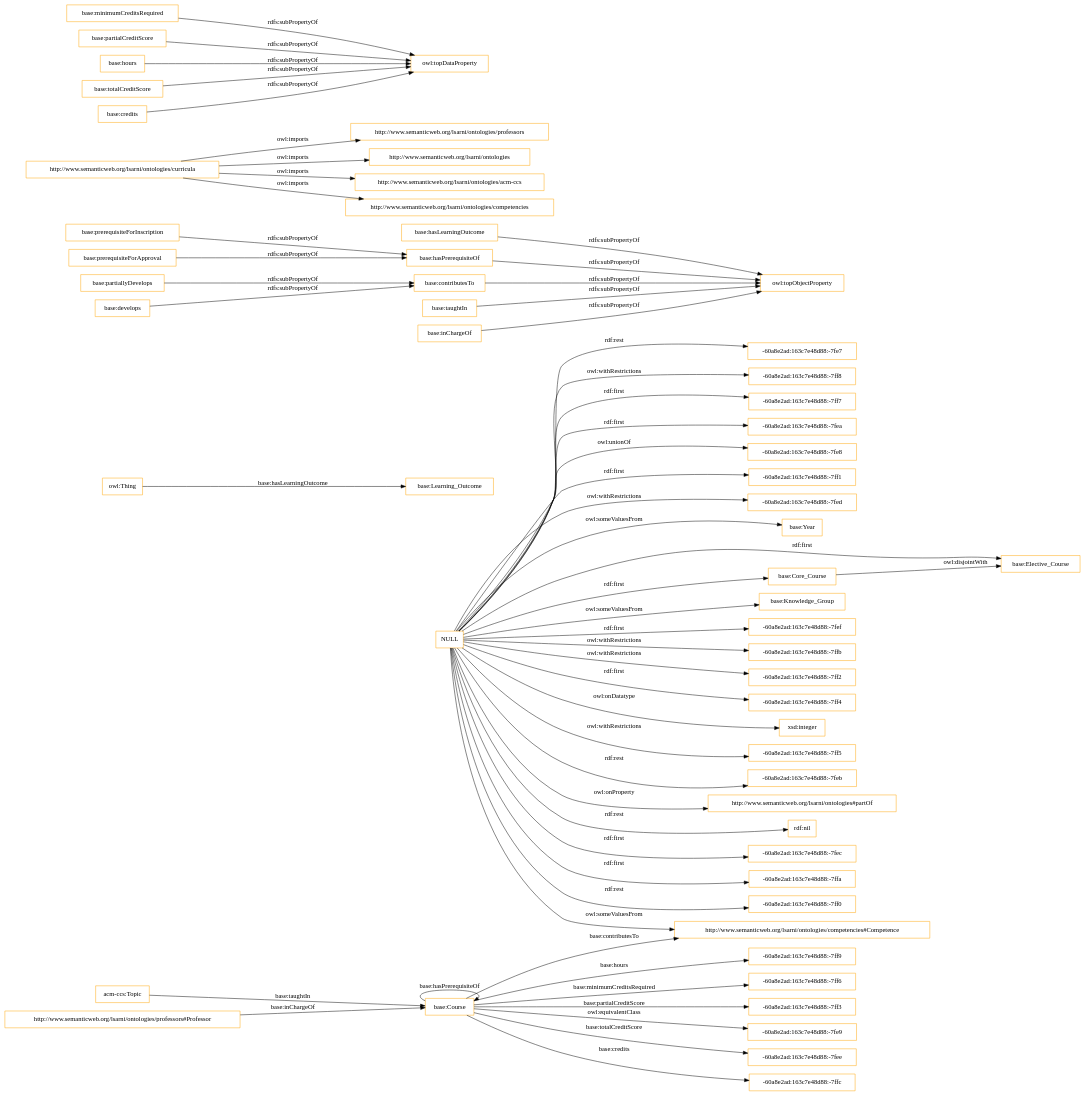
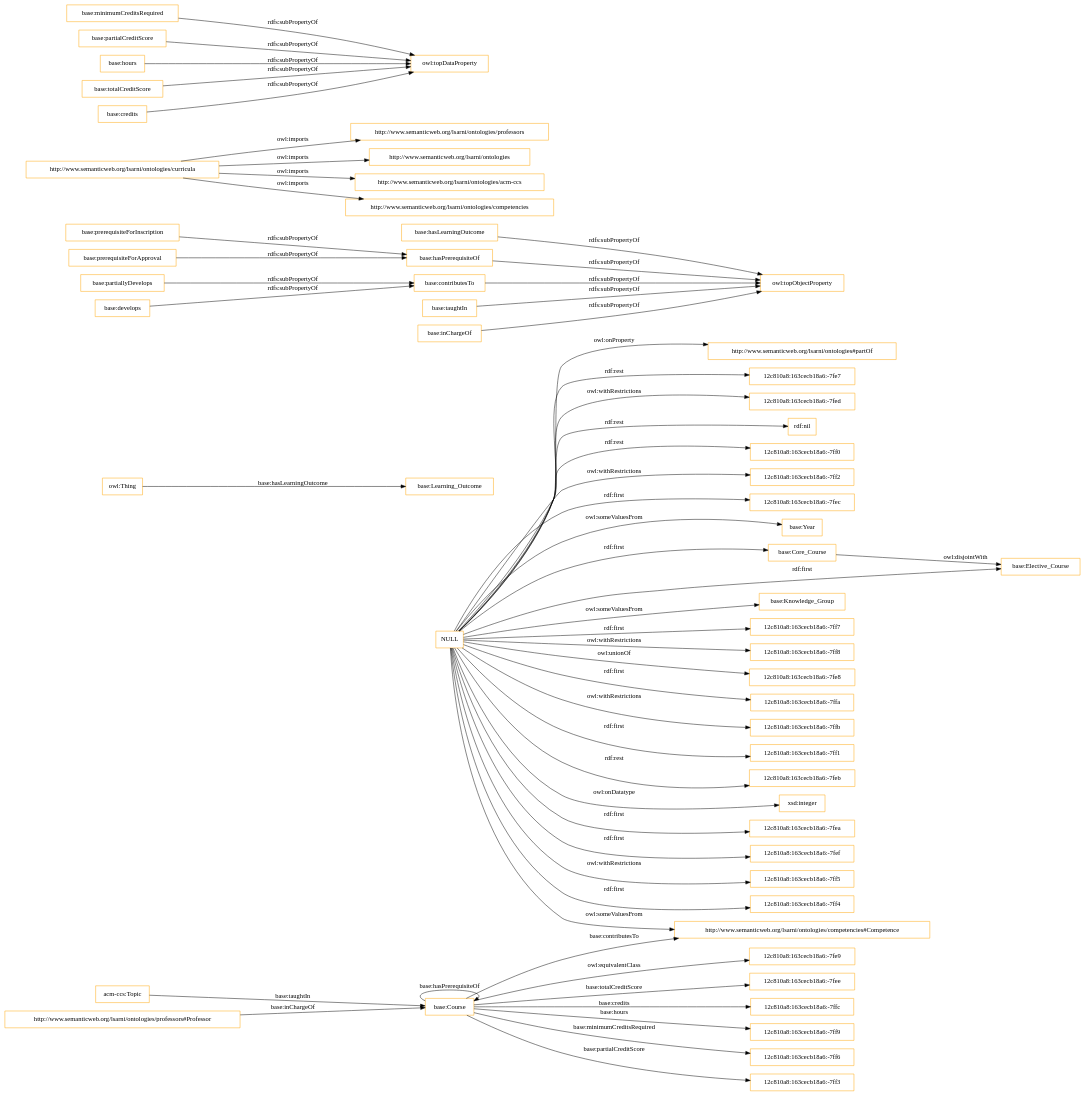
The diagram in OnToology/curricula.owl/diagrams/ar2dtool-class/curricula.owl.png.dot (ahmad88me/OntoCIS1), drawn with Graphviz before and after one commit. The commit also changed 6 other files, not shown here.

```diff
--- a/OnToology/curricula.owl/diagrams/ar2dtool-class/curricula.owl.png.dot
+++ b/OnToology/curricula.owl/diagrams/ar2dtool-class/curricula.owl.png.dot
@@ -1,60 +1,60 @@
 digraph ar2dtool_diagram { 
 rankdir=LR;
 size="1501"
-node [shape = rectangle, color="orange"]; "base:Year" "base:Elective_Course" "base:Core_Course" "base:Course" "base:Learning_Outcome" "base:Knowledge_Group" "-60a8e2ad:163c7e48d88:-7fe9" ; /*classes style*/
-	"NULL" -> "-60a8e2ad:163c7e48d88:-7fef" [ label = "rdf:first" ];
-	"NULL" -> "-60a8e2ad:163c7e48d88:-7ffb" [ label = "owl:withRestrictions" ];
-	"NULL" -> "-60a8e2ad:163c7e48d88:-7ff2" [ label = "owl:withRestrictions" ];
-	"NULL" -> "-60a8e2ad:163c7e48d88:-7ff4" [ label = "rdf:first" ];
+node [shape = rectangle, color="orange"]; "base:Year" "base:Elective_Course" "base:Core_Course" "base:Course" "base:Learning_Outcome" "12c810a8:163cecb18a6:-7fe9" "base:Knowledge_Group" ; /*classes style*/
+	"NULL" -> "12c810a8:163cecb18a6:-7ff7" [ label = "rdf:first" ];
+	"NULL" -> "12c810a8:163cecb18a6:-7ff8" [ label = "owl:withRestrictions" ];
+	"NULL" -> "12c810a8:163cecb18a6:-7fe8" [ label = "owl:unionOf" ];
+	"NULL" -> "12c810a8:163cecb18a6:-7ffa" [ label = "rdf:first" ];
+	"NULL" -> "12c810a8:163cecb18a6:-7ffb" [ label = "owl:withRestrictions" ];
+	"NULL" -> "12c810a8:163cecb18a6:-7ff1" [ label = "rdf:first" ];
 	"NULL" -> "base:Year" [ label = "owl:someValuesFrom" ];
 	"NULL" -> "base:Core_Course" [ label = "rdf:first" ];
+	"NULL" -> "12c810a8:163cecb18a6:-7feb" [ label = "rdf:rest" ];
 	"NULL" -> "xsd:integer" [ label = "owl:onDatatype" ];
 	"NULL" -> "http://www.semanticweb.org/lsarni/ontologies/competencies#Competence" [ label = "owl:someValuesFrom" ];
-	"NULL" -> "-60a8e2ad:163c7e48d88:-7ff5" [ label = "owl:withRestrictions" ];
-	"NULL" -> "-60a8e2ad:163c7e48d88:-7feb" [ label = "rdf:rest" ];
+	"NULL" -> "12c810a8:163cecb18a6:-7fea" [ label = "rdf:first" ];
+	"NULL" -> "12c810a8:163cecb18a6:-7fef" [ label = "rdf:first" ];
+	"NULL" -> "12c810a8:163cecb18a6:-7ff5" [ label = "owl:withRestrictions" ];
+	"NULL" -> "12c810a8:163cecb18a6:-7ff4" [ label = "rdf:first" ];
 	"NULL" -> "http://www.semanticweb.org/lsarni/ontologies#partOf" [ label = "owl:onProperty" ];
+	"NULL" -> "12c810a8:163cecb18a6:-7fe7" [ label = "rdf:rest" ];
+	"NULL" -> "12c810a8:163cecb18a6:-7fed" [ label = "owl:withRestrictions" ];
 	"NULL" -> "rdf:nil" [ label = "rdf:rest" ];
-	"NULL" -> "-60a8e2ad:163c7e48d88:-7fec" [ label = "rdf:first" ];
-	"NULL" -> "-60a8e2ad:163c7e48d88:-7ffa" [ label = "rdf:first" ];
 	"NULL" -> "base:Elective_Course" [ label = "rdf:first" ];
-	"NULL" -> "-60a8e2ad:163c7e48d88:-7ff0" [ label = "rdf:rest" ];
-	"NULL" -> "-60a8e2ad:163c7e48d88:-7fe7" [ label = "rdf:rest" ];
-	"NULL" -> "-60a8e2ad:163c7e48d88:-7ff8" [ label = "owl:withRestrictions" ];
-	"NULL" -> "-60a8e2ad:163c7e48d88:-7ff7" [ label = "rdf:first" ];
-	"NULL" -> "-60a8e2ad:163c7e48d88:-7fea" [ label = "rdf:first" ];
-	"NULL" -> "-60a8e2ad:163c7e48d88:-7fe8" [ label = "owl:unionOf" ];
+	"NULL" -> "12c810a8:163cecb18a6:-7ff0" [ label = "rdf:rest" ];
+	"NULL" -> "12c810a8:163cecb18a6:-7ff2" [ label = "owl:withRestrictions" ];
 	"NULL" -> "base:Knowledge_Group" [ label = "owl:someValuesFrom" ];
-	"NULL" -> "-60a8e2ad:163c7e48d88:-7ff1" [ label = "rdf:first" ];
-	"NULL" -> "-60a8e2ad:163c7e48d88:-7fed" [ label = "owl:withRestrictions" ];
+	"NULL" -> "12c810a8:163cecb18a6:-7fec" [ label = "rdf:first" ];
 	"base:hasLearningOutcome" -> "owl:topObjectProperty" [ label = "rdfs:subPropertyOf" ];
 	"base:hasPrerequisiteOf" -> "owl:topObjectProperty" [ label = "rdfs:subPropertyOf" ];
 	"http://www.semanticweb.org/lsarni/ontologies/curricula" -> "http://www.semanticweb.org/lsarni/ontologies/professors" [ label = "owl:imports" ];
 	"http://www.semanticweb.org/lsarni/ontologies/curricula" -> "http://www.semanticweb.org/lsarni/ontologies" [ label = "owl:imports" ];
 	"http://www.semanticweb.org/lsarni/ontologies/curricula" -> "http://www.semanticweb.org/lsarni/ontologies/acm-ccs" [ label = "owl:imports" ];
 	"http://www.semanticweb.org/lsarni/ontologies/curricula" -> "http://www.semanticweb.org/lsarni/ontologies/competencies" [ label = "owl:imports" ];
 	"base:prerequisiteForInscription" -> "base:hasPrerequisiteOf" [ label = "rdfs:subPropertyOf" ];
 	"base:minimumCreditsRequired" -> "owl:topDataProperty" [ label = "rdfs:subPropertyOf" ];
 	"base:partialCreditScore" -> "owl:topDataProperty" [ label = "rdfs:subPropertyOf" ];
 	"base:partiallyDevelops" -> "base:contributesTo" [ label = "rdfs:subPropertyOf" ];
 	"base:prerequisiteForApproval" -> "base:hasPrerequisiteOf" [ label = "rdfs:subPropertyOf" ];
 	"base:contributesTo" -> "owl:topObjectProperty" [ label = "rdfs:subPropertyOf" ];
 	"base:taughtIn" -> "owl:topObjectProperty" [ label = "rdfs:subPropertyOf" ];
 	"base:hours" -> "owl:topDataProperty" [ label = "rdfs:subPropertyOf" ];
 	"base:Core_Course" -> "base:Elective_Course" [ label = "owl:disjointWith" ];
 	"base:totalCreditScore" -> "owl:topDataProperty" [ label = "rdfs:subPropertyOf" ];
-	"base:Course" -> "-60a8e2ad:163c7e48d88:-7fe9" [ label = "owl:equivalentClass" ];
+	"base:Course" -> "12c810a8:163cecb18a6:-7fe9" [ label = "owl:equivalentClass" ];
 	"base:develops" -> "base:contributesTo" [ label = "rdfs:subPropertyOf" ];
 	"base:credits" -> "owl:topDataProperty" [ label = "rdfs:subPropertyOf" ];
 	"base:inChargeOf" -> "owl:topObjectProperty" [ label = "rdfs:subPropertyOf" ];
 	"owl:Thing" -> "base:Learning_Outcome" [ label = "base:hasLearningOutcome" ];
 	"base:Course" -> "http://www.semanticweb.org/lsarni/ontologies/competencies#Competence" [ label = "base:contributesTo" ];
-	"base:Course" -> "-60a8e2ad:163c7e48d88:-7fee" [ label = "base:totalCreditScore" ];
-	"base:Course" -> "-60a8e2ad:163c7e48d88:-7ffc" [ label = "base:credits" ];
-	"base:Course" -> "-60a8e2ad:163c7e48d88:-7ff9" [ label = "base:hours" ];
-	"base:Course" -> "-60a8e2ad:163c7e48d88:-7ff6" [ label = "base:minimumCreditsRequired" ];
+	"base:Course" -> "12c810a8:163cecb18a6:-7fee" [ label = "base:totalCreditScore" ];
+	"base:Course" -> "12c810a8:163cecb18a6:-7ffc" [ label = "base:credits" ];
+	"base:Course" -> "12c810a8:163cecb18a6:-7ff9" [ label = "base:hours" ];
+	"base:Course" -> "12c810a8:163cecb18a6:-7ff6" [ label = "base:minimumCreditsRequired" ];
 	"base:Course" -> "base:Course" [ label = "base:hasPrerequisiteOf" ];
 	"acm-ccs:Topic" -> "base:Course" [ label = "base:taughtIn" ];
-	"base:Course" -> "-60a8e2ad:163c7e48d88:-7ff3" [ label = "base:partialCreditScore" ];
+	"base:Course" -> "12c810a8:163cecb18a6:-7ff3" [ label = "base:partialCreditScore" ];
 	"http://www.semanticweb.org/lsarni/ontologies/professors#Professor" -> "base:Course" [ label = "base:inChargeOf" ];
 
 }
```
